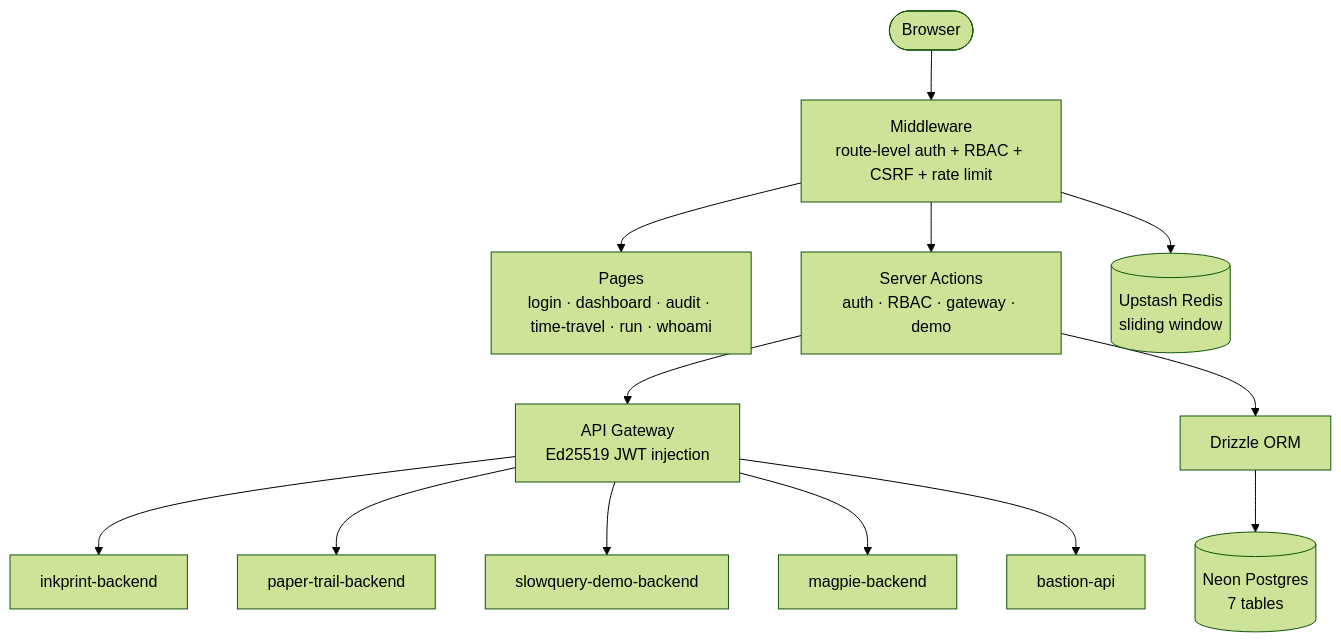
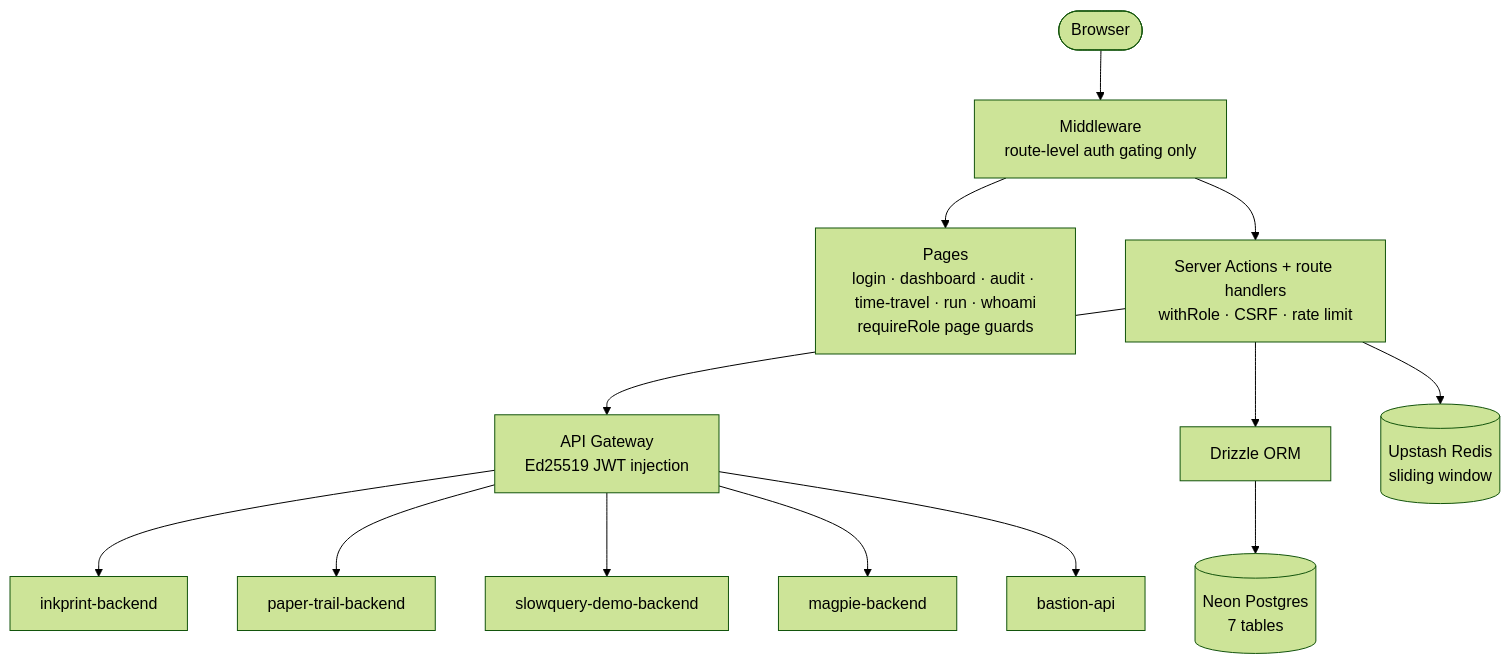
The first of 4 diagrams in README.md (Abdul-Muizz1310/bastion), drawn with Mermaid (forest theme) before and after one commit. The commit also changed other lines of this file and 52 other files, not shown here.

````diff
--- a/README.md
+++ b/README.md
@@ -60,15 +60,15 @@
 ```mermaid
 flowchart TD
-    Browser([Browser]) --> MW[Middleware<br/>route-level auth + RBAC + CSRF + rate limit]
-    MW --> Pages[Pages<br/>login · dashboard · audit · time-travel · run · whoami]
-    MW --> Actions[Server Actions<br/>auth · RBAC · gateway · demo]
+    Browser([Browser]) --> MW[Middleware<br/>route-level auth gating only]
+    MW --> Pages[Pages<br/>login · dashboard · audit · time-travel · run · whoami<br/>requireRole page guards]
+    MW --> Actions[Server Actions + route handlers<br/>withRole · CSRF · rate limit]
     Actions --> Gateway[API Gateway<br/>Ed25519 JWT injection]
     Gateway --> S1[inkprint-backend]
     Gateway --> S2[paper-trail-backend]
     Gateway --> S3[slowquery-demo-backend]
     Gateway --> S4[magpie-backend]
     Gateway --> S5[bastion-api]
     Actions --> Drizzle[Drizzle ORM]
     Drizzle --> Neon[(Neon Postgres<br/>7 tables)]
-    MW --> Upstash[(Upstash Redis<br/>sliding window)]
+    Actions --> Upstash[(Upstash Redis<br/>sliding window)]
 ```
````
